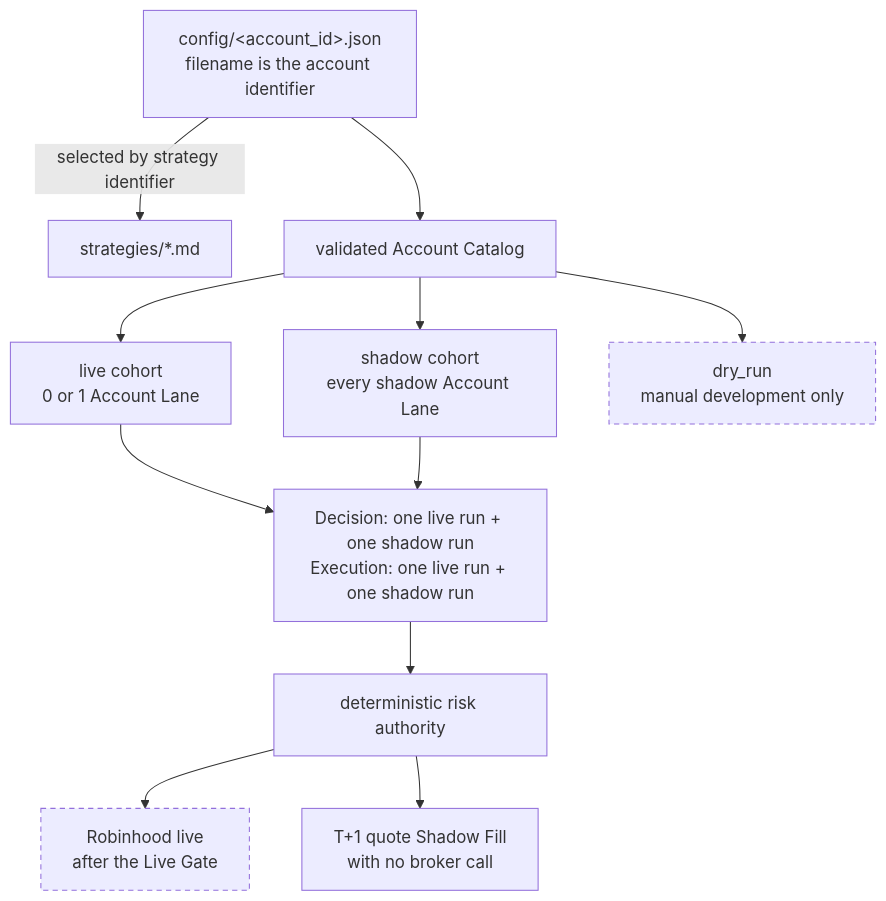
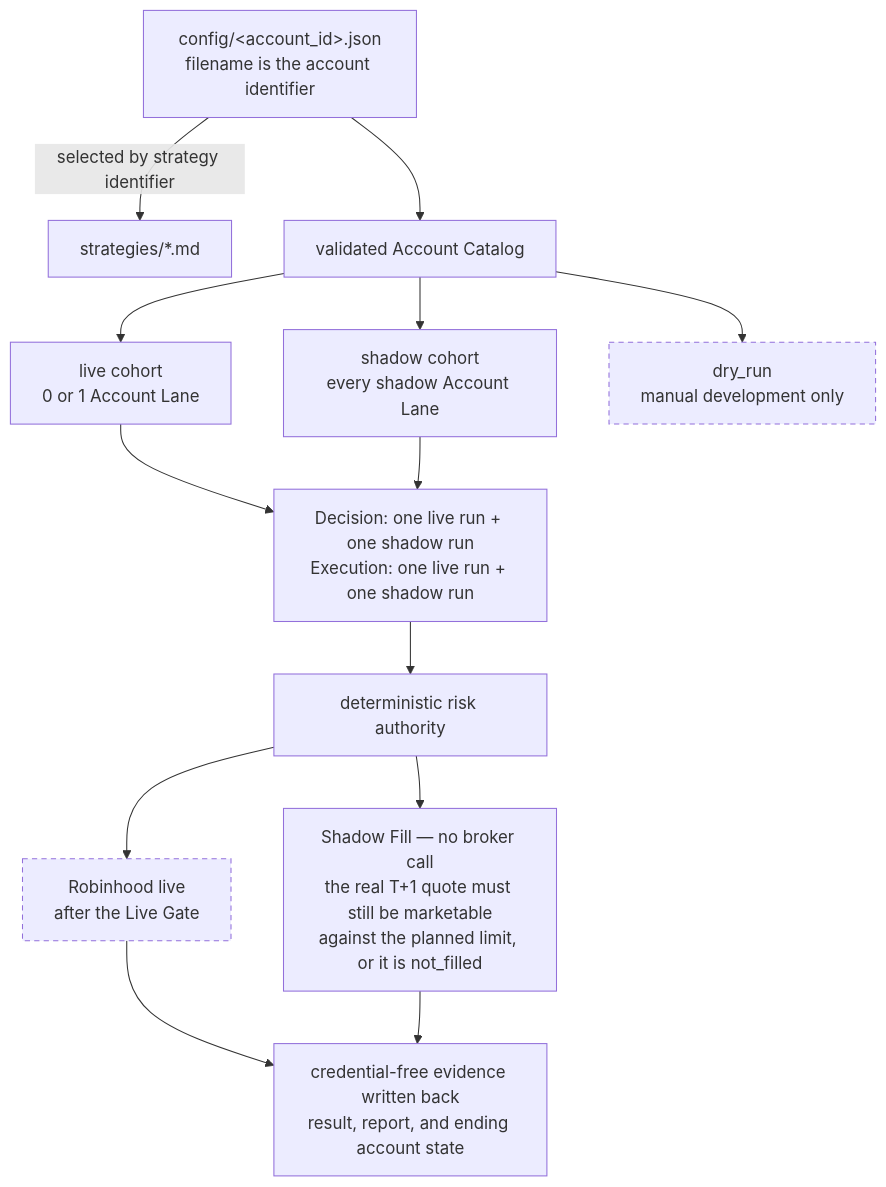
The diagram in PROPOSAL.md (Alicia1529/ripple-agentic-trading), drawn with Mermaid before and after one commit. The commit also changed 3 other files, not shown here.

First line of the commit message:
Docs: correct the shadow branch in the system diagrams

````diff
--- a/PROPOSAL.md
+++ b/PROPOSAL.md
@@ -18,22 +18,26 @@
 ```mermaid
 flowchart TD
     SPEC["strategies/*.md"]
     CFG["config/&lt;account_id&gt;.json<br/>filename is the account identifier"]
     CFG -->|"selected by strategy identifier"| SPEC
     CFG --> CAT["validated Account Catalog"]
 
     CAT --> LIVE["live cohort<br/>0 or 1 Account Lane"]
     CAT --> SHDW["shadow cohort<br/>every shadow Account Lane"]
     CAT --> DRY["dry_run<br/>manual development only"]
 
     LIVE --> RUNS
     SHDW --> RUNS
     RUNS["Decision: one live run + one shadow run<br/>Execution: one live run + one shadow run"]
 
     RUNS --> RISK["deterministic risk authority"]
     RISK --> L["Robinhood live<br/>after the Live Gate"]
-    RISK --> S["T+1 quote Shadow Fill<br/>with no broker call"]
+    RISK --> S["Shadow Fill — no broker call<br/>the real T+1 quote must still be marketable<br/>against the planned limit, or it is not_filled"]
+
+    L --> ST
+    S --> ST
+    ST["credential-free evidence written back<br/>result, report, and ending account state"]
 
     classDef gated stroke-dasharray: 5 4;
     class L,DRY gated;
 ```
````
